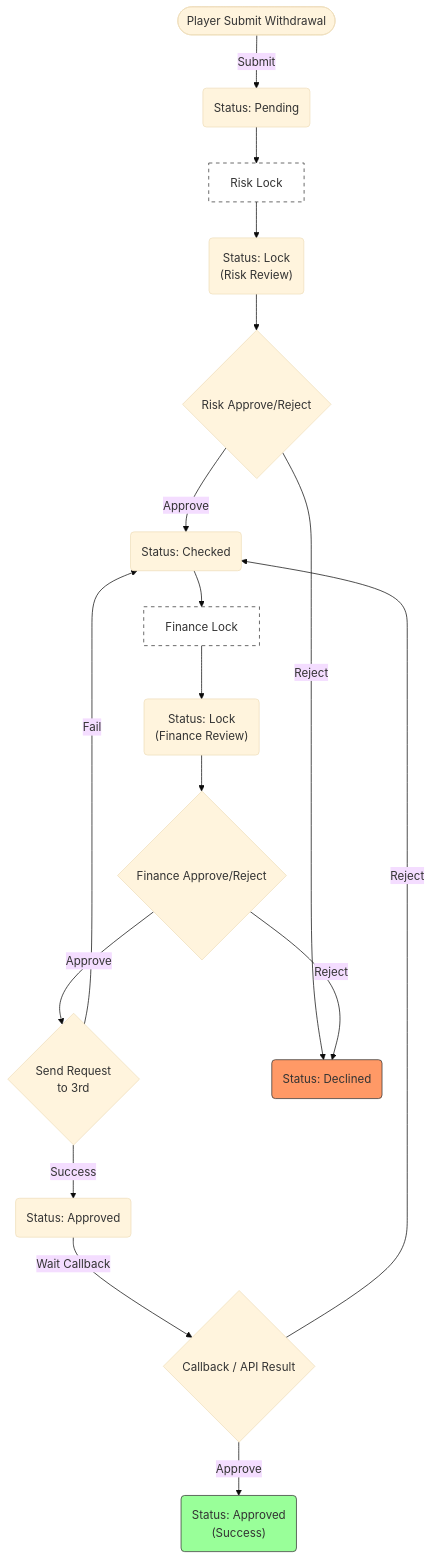
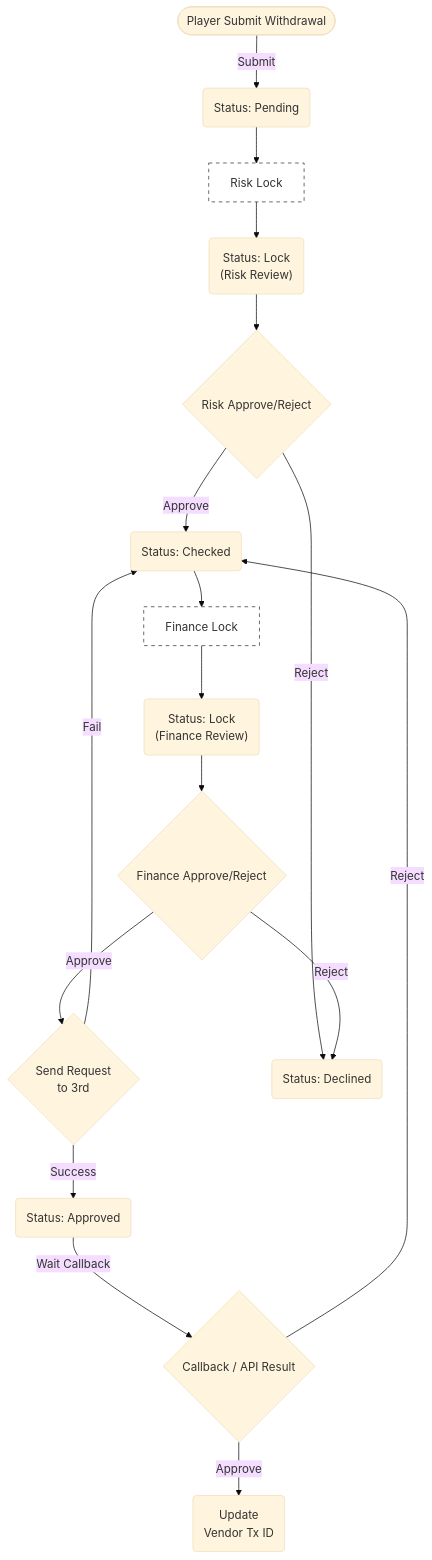
The first of 2 diagrams in no99_archive/sitflowchart.md (almightyken0425/SuSuGiGiSpec), drawn with Mermaid (base theme) before and after one commit.

````diff
--- a/no99_archive/sitflowchart.md
+++ b/no99_archive/sitflowchart.md
@@ -29,56 +29,54 @@
 ```mermaid
 graph TD
     %% 節點定義
     Start(["Player Submit Withdrawal"])
     Pending("Status: Pending")
     
     RiskLockActionBox["Risk Lock"]
     RiskLock("Status: Lock<br/>(Risk Review)")
     
     RiskAction{"Risk Approve/Reject"}
     Checked("Status: Checked")
     
     FinanceLockActionBox["Finance Lock"]
     FinanceLock("Status: Lock<br/>(Finance Review)")
     
     FinanceAction{"Finance Approve/Reject"}
     RequestAction{"Send Request<br/>to 3rd"}
     FinanceApproved("Status: Approved")
     
     Decline("Status: Declined")
-    Success("Status: Approved<br/>(Success)")
+    Success("Update<br>Vendor Tx ID")
     Callback{"Callback / API Result"}
 
     Start -->|"Submit"| Pending
     
     Pending --> RiskLockActionBox
     RiskLockActionBox --> RiskLock
     
     RiskLock --> RiskAction
     
     RiskAction -->|"Approve"| Checked
     
     Checked --> FinanceLockActionBox
     FinanceLockActionBox --> FinanceLock
     
     FinanceLock --> FinanceAction
     
     FinanceAction -->|"Approve"| RequestAction
     
     RequestAction -->|"Success"| FinanceApproved
     RequestAction -->|"Fail"| Checked
     
     FinanceApproved -->|"Wait Callback"| Callback
 
     Callback -->|"Approve"| Success
     Callback -->|"Reject"| Checked
 
     %% 補回拒絕路徑
     RiskAction -->|"Reject"| Decline
     FinanceAction -->|"Reject"| Decline
 
-    style Decline fill:#f96,stroke:#333
-    style Success fill:#9f9,stroke:#333
     style RiskLockActionBox fill:#fff,stroke:#333,stroke-dasharray: 5 5
     style FinanceLockActionBox fill:#fff,stroke:#333,stroke-dasharray: 5 5
 ```
````
